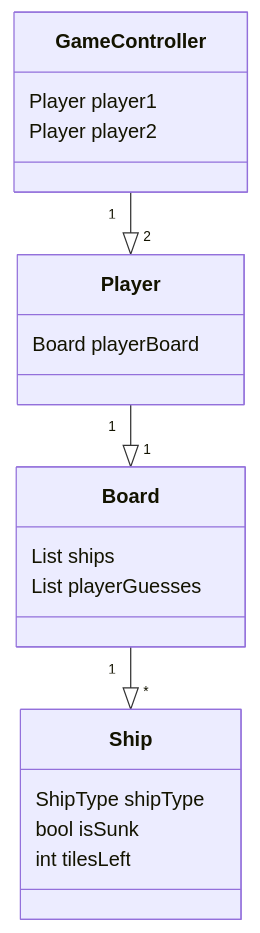
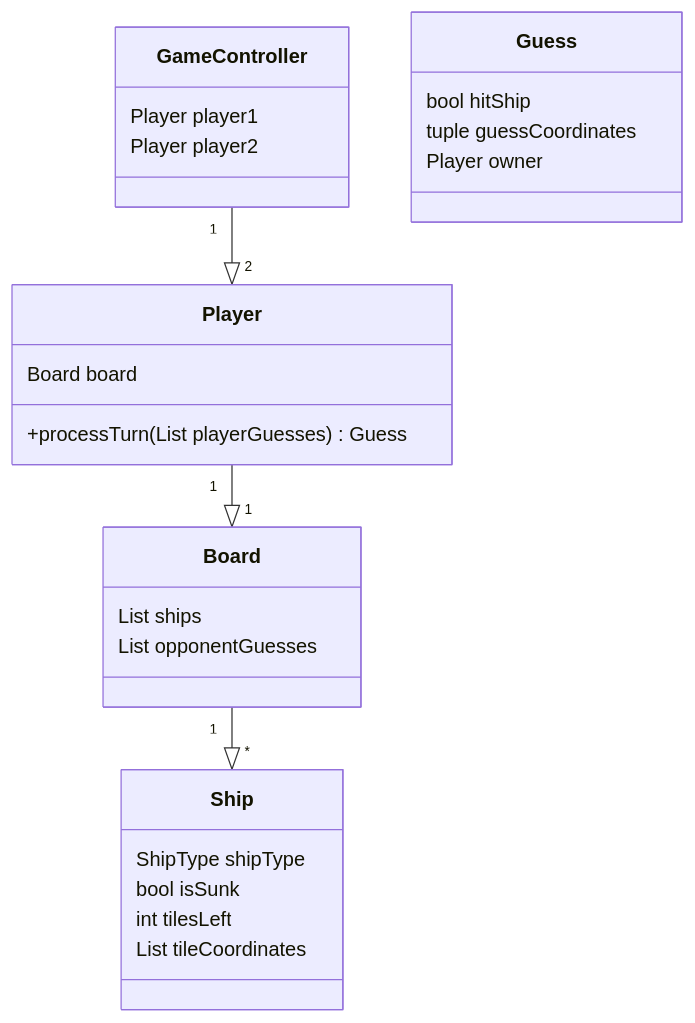
The diagram in laivanupotuspeli/dokumentaatio/arkkitehtuuri.md (BlueShiftButterfly/Ohjelmistotekniikka), drawn with Mermaid before and after one commit.

Commit message:
Updated diagram

````diff
--- a/laivanupotuspeli/dokumentaatio/arkkitehtuuri.md
+++ b/laivanupotuspeli/dokumentaatio/arkkitehtuuri.md
@@ -5,24 +5,31 @@
 ```mermaid
  classDiagram
 
     Player "1" --|> "1" Board
     Board "1" --|> "*" Ship
     GameController "1" --|> "2" Player
 
+    class Guess{
+        bool hitShip
+        tuple guessCoordinates
+        Player owner
+    }
     class Player{
-        Board playerBoard
+        Board board
+        +processTurn(List<Guess> playerGuesses) Guess
     }
     class Ship{
         ShipType shipType
         bool isSunk
         int tilesLeft
+        List<tuple> tileCoordinates
     }
     class Board{
-        List ships
-        List playerGuesses
+        List<Ship> ships
+        List<Guess> opponentGuesses
     }
     class GameController {
-        Player player1
+        Player player1        
         Player player2
     }
 ```
````
